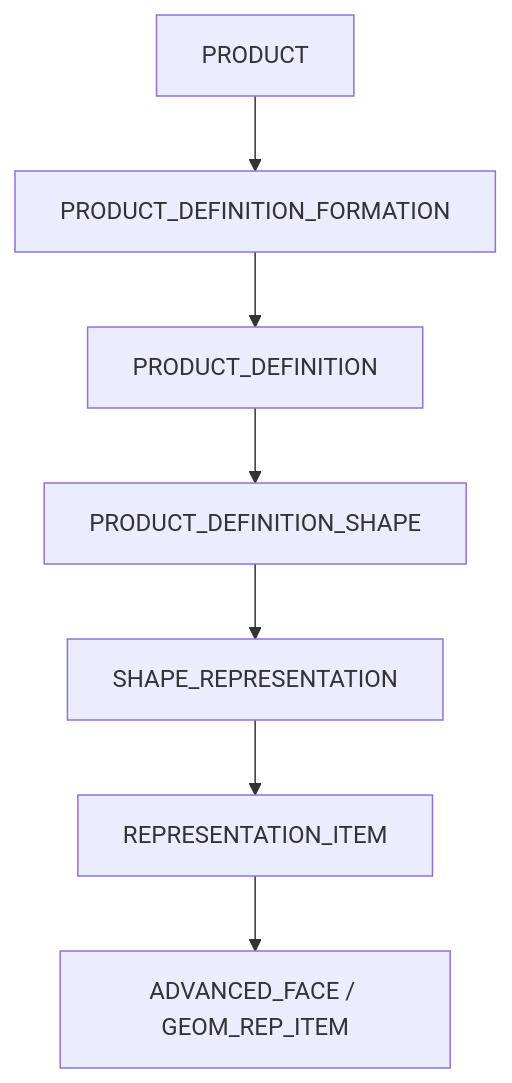
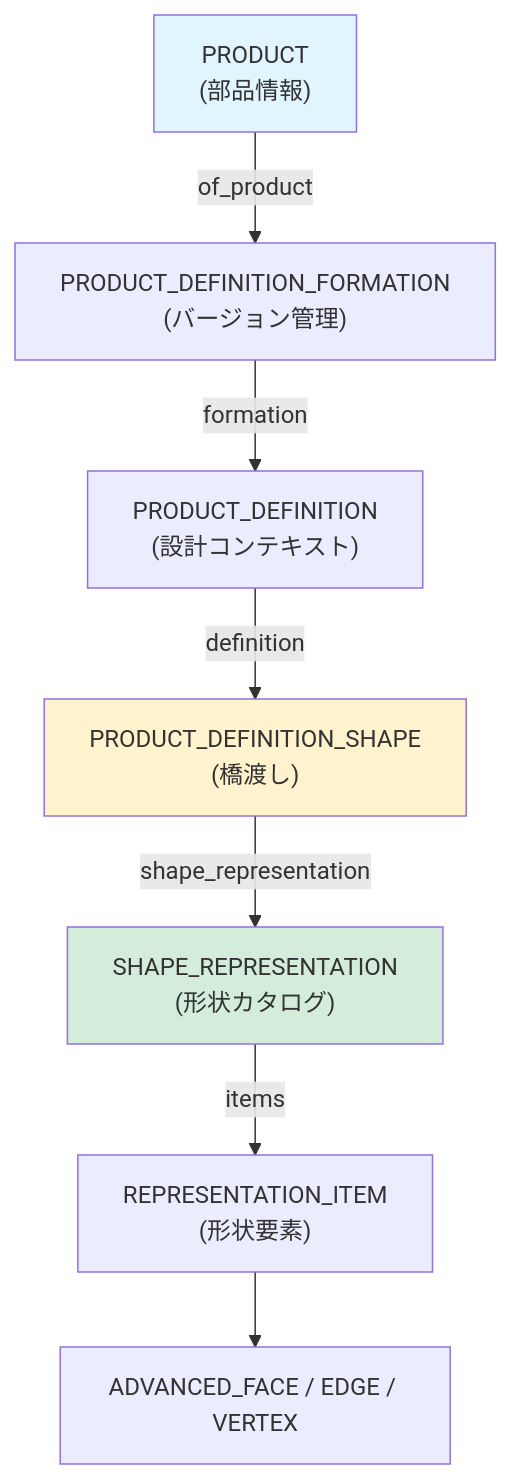
One commit to takuto-NA/step-standards-explained changed the first of 4 diagrams in format/data-model-map.md. Above: the diagram before and after it, drawn with Mermaid. The commit also changed other lines of this file and 1 other file, not shown here.

````diff
--- a/format/data-model-map.md
+++ b/format/data-model-map.md
@@ -9,9 +31,13 @@
 ```mermaid
 graph TD
-    P[PRODUCT] --> PDF[PRODUCT_DEFINITION_FORMATION]
-    PDF --> PD[PRODUCT_DEFINITION]
-    PD --> PDS[PRODUCT_DEFINITION_SHAPE]
-    PDS --> SHAPE_REP[SHAPE_REPRESENTATION]
-    SHAPE_REP --> RI[REPRESENTATION_ITEM]
-    RI --> AF[ADVANCED_FACE / GEOM_REP_ITEM]
+    P["PRODUCT<br/>(部品情報)"] -->|"of_product"| PDF["PRODUCT_DEFINITION_FORMATION<br/>(バージョン管理)"]
+    PDF -->|"formation"| PD["PRODUCT_DEFINITION<br/>(設計コンテキスト)"]
+    PD -->|"definition"| PDS["PRODUCT_DEFINITION_SHAPE<br/>(橋渡し)"]
+    PDS -->|"shape_representation"| SR["SHAPE_REPRESENTATION<br/>(形状カタログ)"]
+    SR -->|"items"| RI["REPRESENTATION_ITEM<br/>(形状要素)"]
+    RI --> AF["ADVANCED_FACE / EDGE / VERTEX"]
+    
+    style P fill:#e1f5ff
+    style PDS fill:#fff3cd
+    style SR fill:#d4edda
 ```
````
